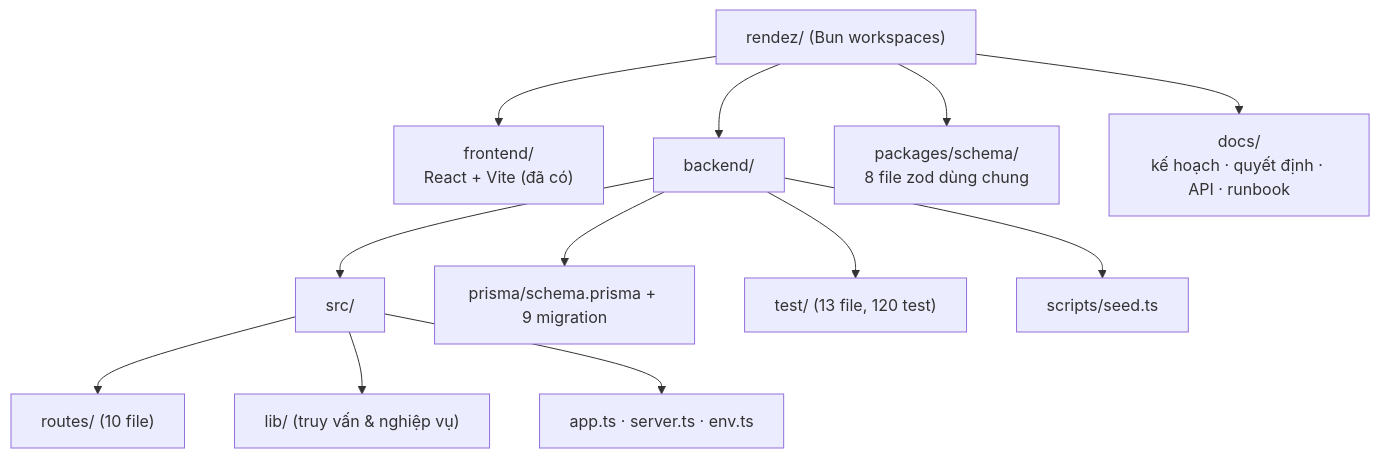
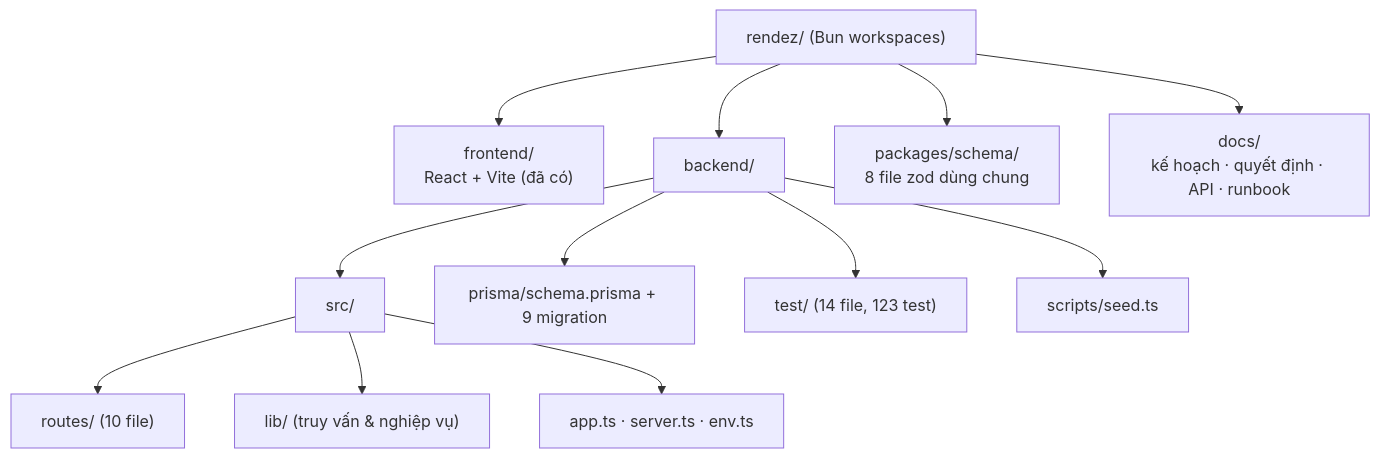
One commit to longqt321/Rendez-PBL6 changed the sixth of 14 diagrams in docs/bao-cao/BAO-CAO-DO-AN.md. Above: the diagram before and after it, drawn with Mermaid. The commit also changed other lines of this file and 3 other files, not shown here.

````diff
--- a/docs/bao-cao/BAO-CAO-DO-AN.md
+++ b/docs/bao-cao/BAO-CAO-DO-AN.md
@@ -439,15 +439,15 @@
 ```mermaid
 flowchart TB
   Root["rendez/ (Bun workspaces)"]
   Root --> FE["frontend/<br/>React + Vite (đã có)"]
   Root --> BE["backend/"]
   Root --> PKG["packages/schema/<br/>8 file zod dùng chung"]
   Root --> DOC["docs/<br/>kế hoạch · quyết định · API · runbook"]
   BE --> SRC["src/"]
   SRC --> R["routes/ (10 file)"]
   SRC --> L["lib/ (truy vấn & nghiệp vụ)"]
   SRC --> I["app.ts · server.ts · env.ts"]
   BE --> PR["prisma/schema.prisma + 9 migration"]
-  BE --> T["test/ (13 file, 120 test)"]
+  BE --> T["test/ (14 file, 123 test)"]
   BE --> SC["scripts/seed.ts"]
 ```
````
